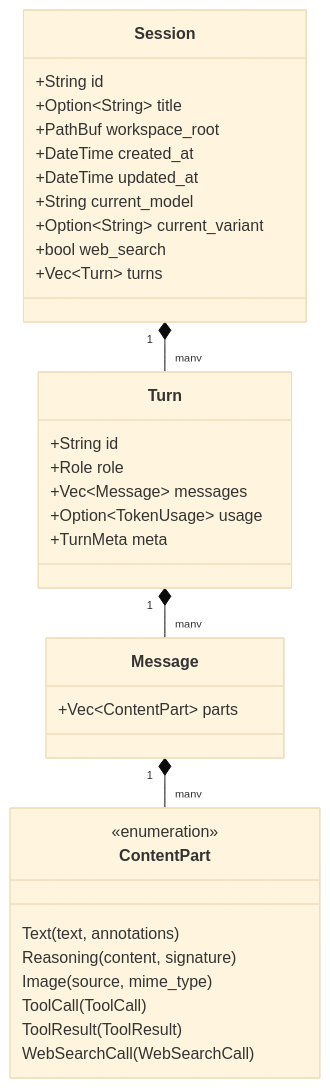
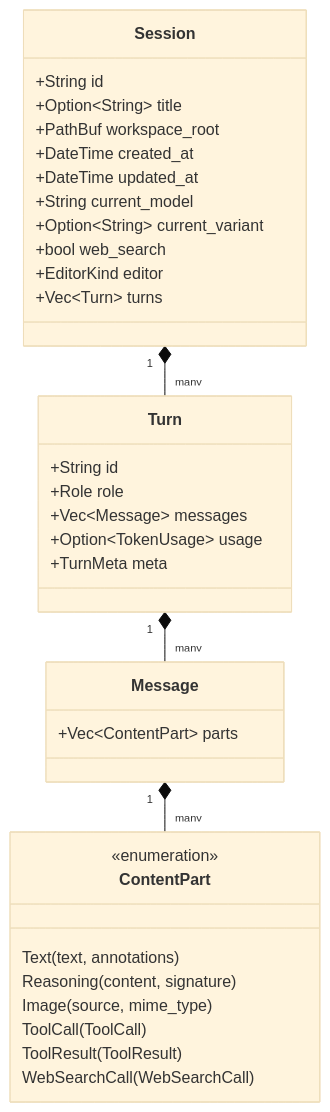
One commit to jerrita/vva changed the diagram in docs/domain_model.md. Above: the diagram before and after it, drawn with Mermaid (base theme). The commit also changed other lines of this file and 22 other files, not shown here.

````diff
--- a/docs/domain_model.md
+++ b/docs/domain_model.md
@@ -9,37 +9,38 @@
 ```mermaid
 classDiagram
     class Session {
         +String id
         +Option~String~ title
         +PathBuf workspace_root
         +DateTime created_at
         +DateTime updated_at
         +String current_model
         +Option~String~ current_variant
         +bool web_search
+        +EditorKind editor
         +Vec~Turn~ turns
     }
     class Turn {
         +String id
         +Role role
         +Vec~Message~ messages
         +Option~TokenUsage~ usage
         +TurnMeta meta
     }
     class Message {
         +Vec~ContentPart~ parts
     }
     class ContentPart {
         <<enumeration>>
         Text(text, annotations)
         Reasoning(content, signature)
         Image(source, mime_type)
         ToolCall(ToolCall)
         ToolResult(ToolResult)
         WebSearchCall(WebSearchCall)
     }
 
     Session "1" *-- "many" Turn
     Turn "1" *-- "many" Message
     Message "1" *-- "many" ContentPart
 ```
````
